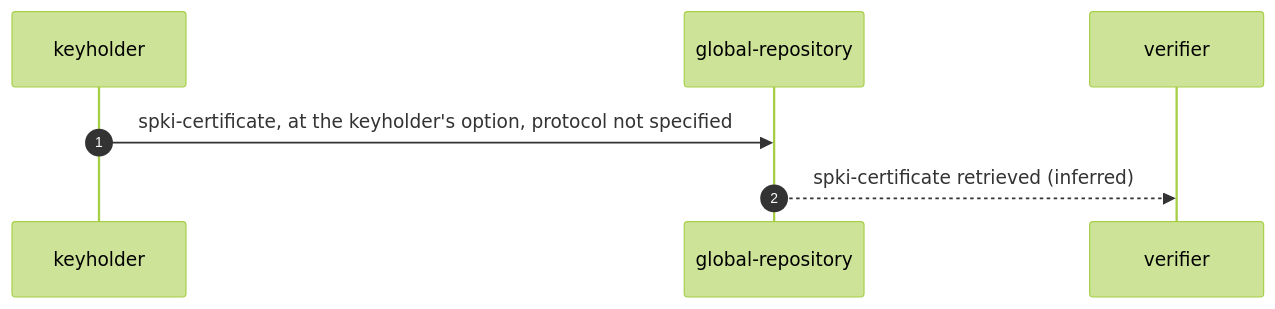
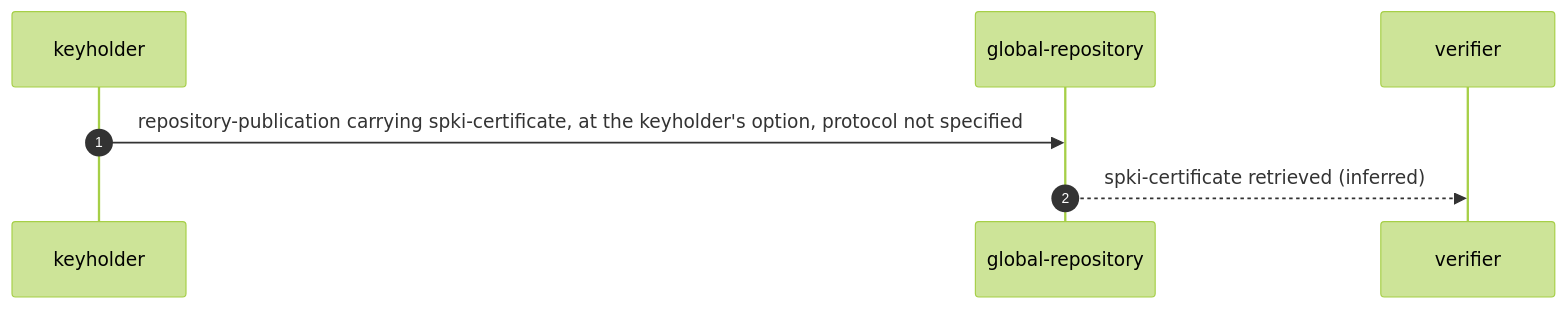
Before and after one commit to m-of-n/library: the second of 26 diagrams in records/ietf/rfc-2692/distilled/protocol.md, drawn with Mermaid (forest theme). The commit also changed other lines of this file and 9 other files, not shown here.

````diff
--- a/records/ietf/rfc-2692/distilled/protocol.md
+++ b/records/ietf/rfc-2692/distilled/protocol.md
@@ -154,9 +166,9 @@
 ```mermaid
 sequenceDiagram
   autonumber
   participant K as keyholder
   participant R as global-repository
   participant V as verifier
-  K->>R: spki-certificate, at the keyholder's option, protocol not specified
+  K->>R: repository-publication carrying spki-certificate, at the keyholder's option, protocol not specified
   R-->>V: spki-certificate retrieved (inferred)
 ```
````
